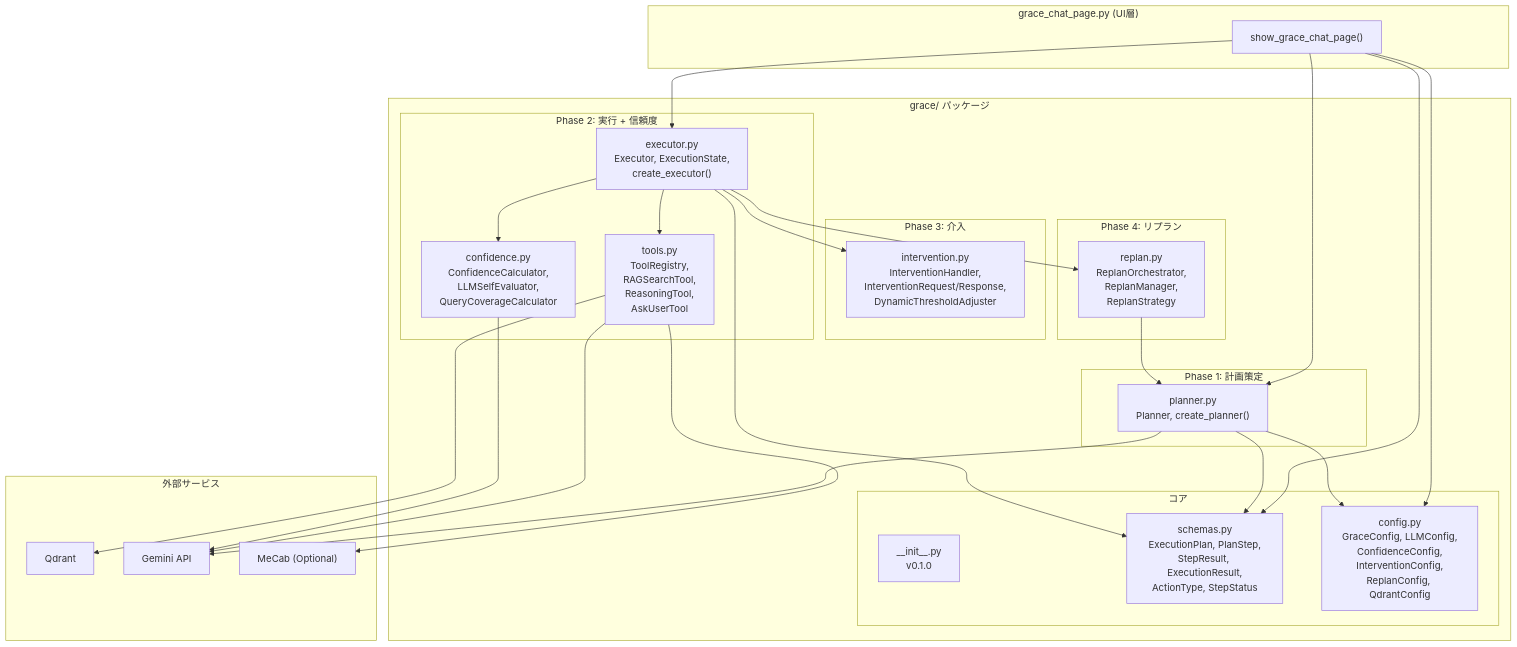
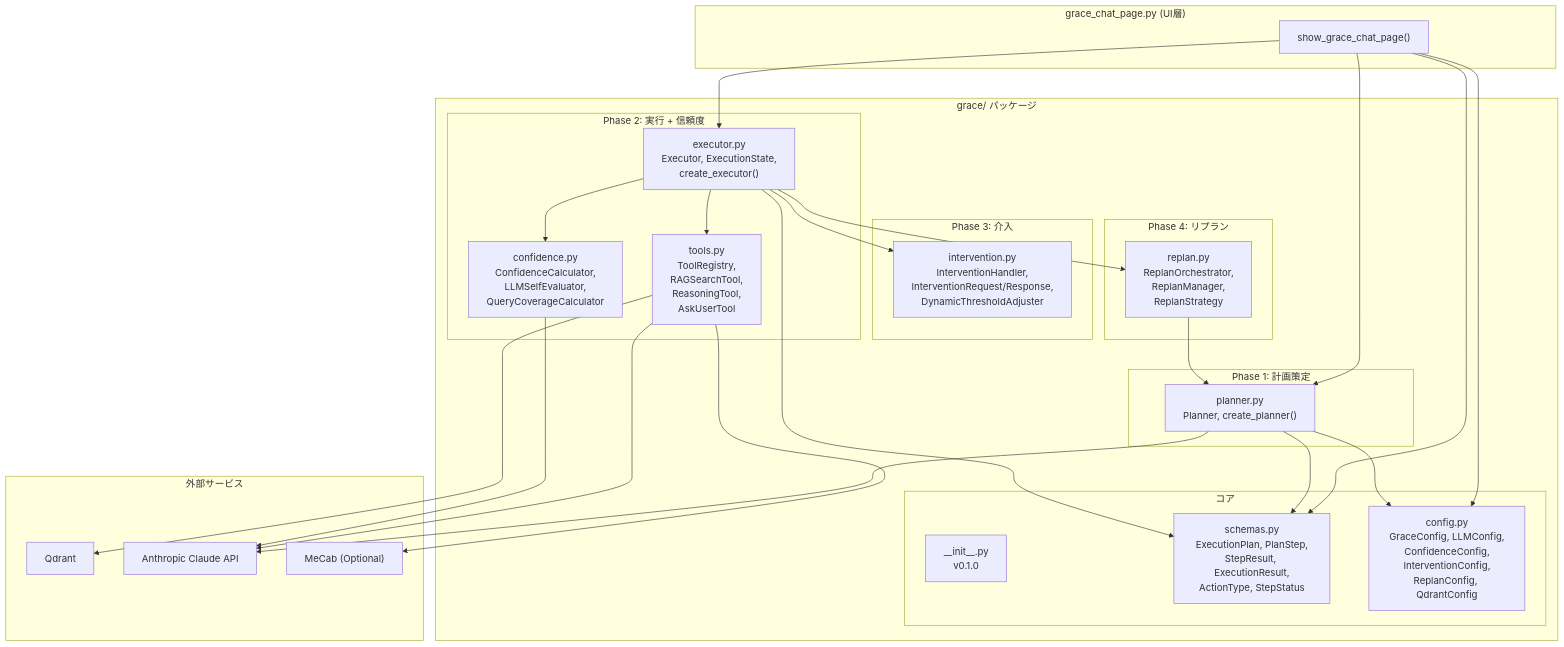
The ninth of 13 diagrams in README.md (nakashima2toshio/anthropic_grace_agent), drawn with Mermaid before and after one commit. The commit also changed other lines of this file and 11 other files, not shown here.

````diff
--- a/README.md
+++ b/README.md
@@ -1020,60 +1017,60 @@
 ```mermaid
 flowchart TB
     subgraph UI["grace_chat_page.py (UI層)"]
         Page["show_grace_chat_page()"]
     end
 
     subgraph GracePackage["grace/ パッケージ"]
         subgraph Core["コア"]
             Init["__init__.py<br/>v0.1.0"]
             Schemas["schemas.py<br/>ExecutionPlan, PlanStep,<br/>StepResult, ExecutionResult,<br/>ActionType, StepStatus"]
             Config["config.py<br/>GraceConfig, LLMConfig,<br/>ConfidenceConfig,<br/>InterventionConfig,<br/>ReplanConfig, QdrantConfig"]
         end
 
         subgraph Phase1["Phase 1: 計画策定"]
             PlannerMod["planner.py<br/>Planner, create_planner()"]
         end
 
         subgraph Phase2["Phase 2: 実行 + 信頼度"]
             ExecutorMod["executor.py<br/>Executor, ExecutionState,<br/>create_executor()"]
             ToolsMod["tools.py<br/>ToolRegistry,<br/>RAGSearchTool,<br/>ReasoningTool,<br/>AskUserTool"]
             ConfMod["confidence.py<br/>ConfidenceCalculator,<br/>LLMSelfEvaluator,<br/>QueryCoverageCalculator"]
         end
 
         subgraph Phase3["Phase 3: 介入"]
             IntervMod["intervention.py<br/>InterventionHandler,<br/>InterventionRequest/Response,<br/>DynamicThresholdAdjuster"]
         end
 
         subgraph Phase4["Phase 4: リプラン"]
             ReplanMod["replan.py<br/>ReplanOrchestrator,<br/>ReplanManager,<br/>ReplanStrategy"]
         end
     end
 
     subgraph External["外部サービス"]
         Qdrant["Qdrant"]
-        Gemini["Gemini API"]
+        Claude["Anthropic Claude API"]
         MeCab["MeCab (Optional)"]
     end
 
     Page --> PlannerMod
     Page --> ExecutorMod
     Page --> Schemas
     Page --> Config
 
     PlannerMod --> Schemas
     PlannerMod --> Config
-    PlannerMod --> Gemini
+    PlannerMod --> Claude
 
     ExecutorMod --> ToolsMod
     ExecutorMod --> ConfMod
     ExecutorMod --> IntervMod
     ExecutorMod --> ReplanMod
     ExecutorMod --> Schemas
 
     ToolsMod --> Qdrant
-    ToolsMod --> Gemini
+    ToolsMod --> Claude
     ToolsMod --> MeCab
 
-    ConfMod --> Gemini
+    ConfMod --> Claude
     ReplanMod --> PlannerMod
 ```
````
